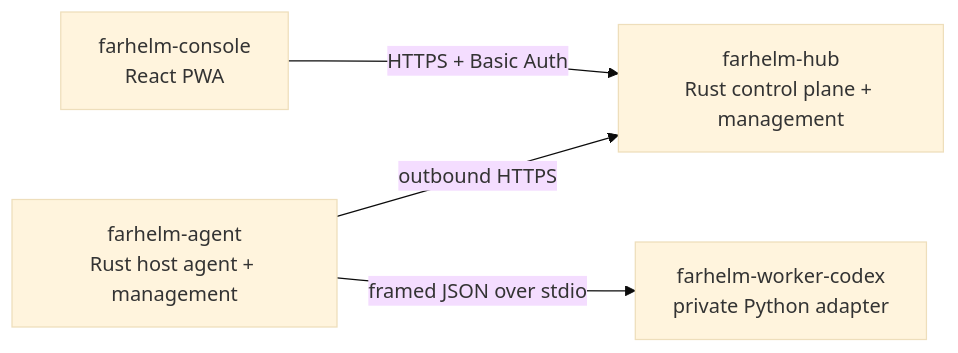
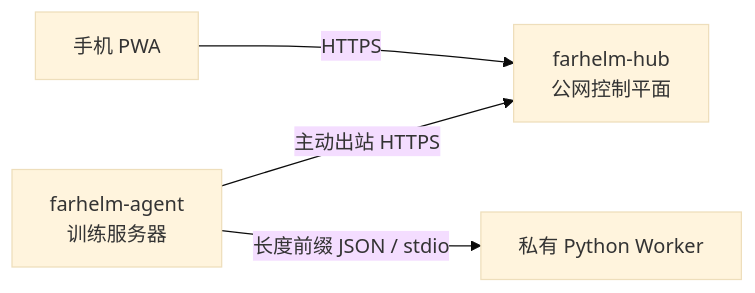
One commit to Xiiiing/FarHelm changed the diagram in README.md. Above: the diagram before and after it, drawn with Mermaid (base theme). The commit also changed other lines of this file and 2 other files, not shown here.

````diff
--- a/README.md
+++ b/README.md
@@ -11,11 +91,6 @@
 ```mermaid
 flowchart LR
-    Console["farhelm-console\nReact PWA"]
-    Hub["farhelm-hub\nRust control plane + management"]
-    Agent["farhelm-agent\nRust host agent + management"]
-    Worker["farhelm-worker-codex\nprivate Python adapter"]
-
-    Console -->|HTTPS + Basic Auth| Hub
-    Agent -->|outbound HTTPS| Hub
-    Agent -->|framed JSON over stdio| Worker
+    Phone["手机 PWA"] -->|"HTTPS"| Hub["farhelm-hub<br/>公网控制平面"]
+    Agent["farhelm-agent<br/>训练服务器"] -->|"主动出站 HTTPS"| Hub
+    Agent -->|"长度前缀 JSON / stdio"| Worker["私有 Python Worker"]
 ```
````
